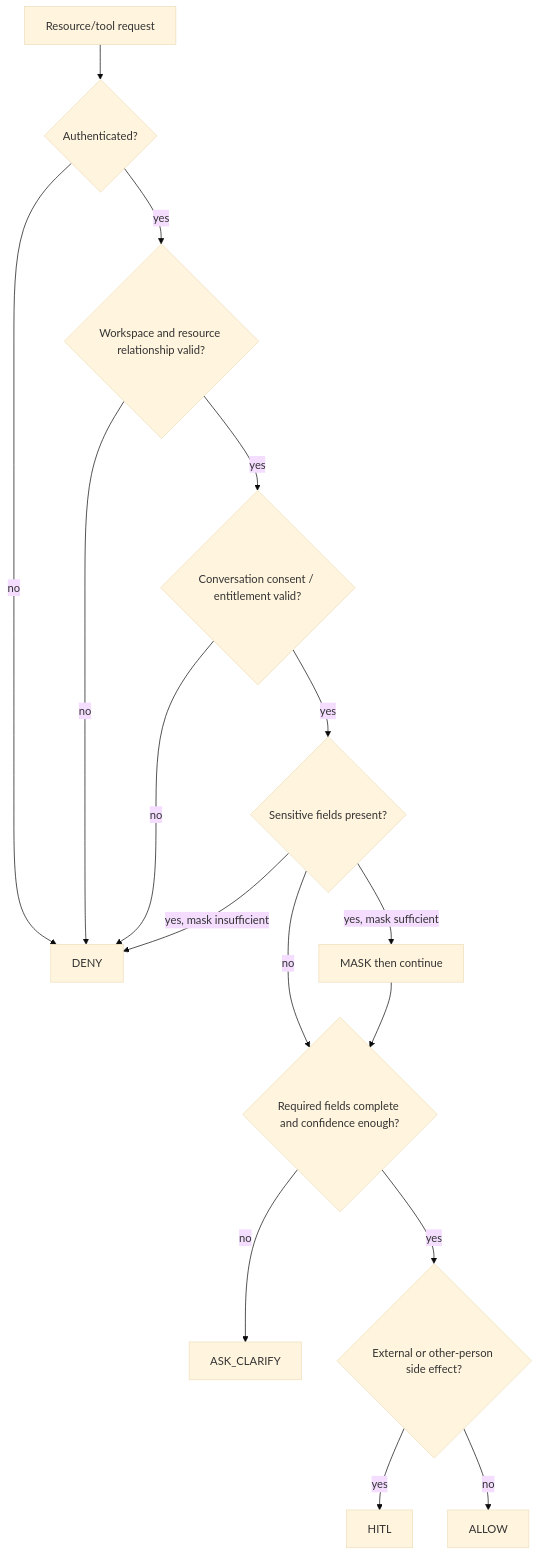
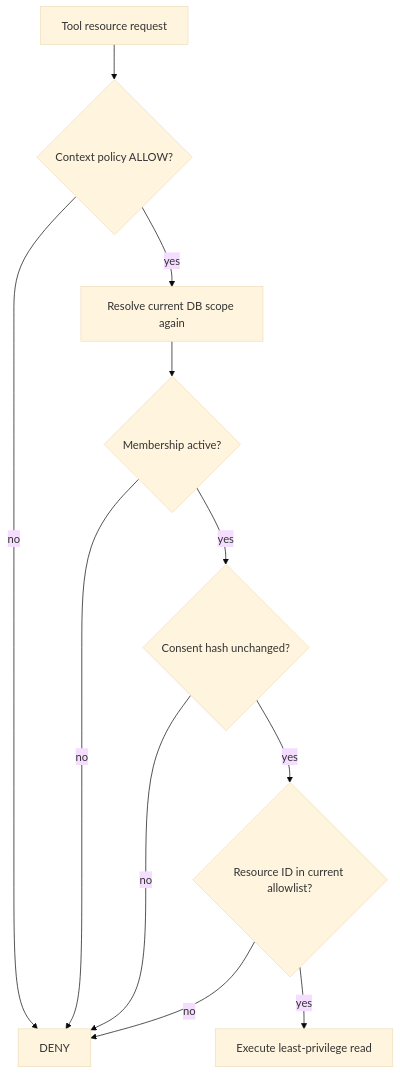
Before and after one commit to TueLT/Build-to-deploy: the fourth of 6 diagrams in docs/architecture_diagram.md, drawn with Mermaid (base theme). The commit also changed other lines of this file and 28 other files, not shown here.

````diff
--- a/docs/architecture_diagram.md
+++ b/docs/architecture_diagram.md
@@ -281,18 +401,13 @@
 ```mermaid
 flowchart TD
-    R[Resource/tool request] --> A{Authenticated?}
-    A -->|no| DENY[DENY]
-    A -->|yes| B{Workspace and resource relationship valid?}
-    B -->|no| DENY
-    B -->|yes| C{Conversation consent / entitlement valid?}
-    C -->|no| DENY
-    C -->|yes| D{Sensitive fields present?}
-    D -->|yes, mask sufficient| MASK[MASK then continue]
-    D -->|yes, mask insufficient| DENY
-    D -->|no| E{Required fields complete and confidence enough?}
-    MASK --> E
-    E -->|no| ASK[ASK_CLARIFY]
-    E -->|yes| F{External or other-person side effect?}
-    F -->|yes| HITL[HITL]
-    F -->|no| ALLOW[ALLOW]
+    R[Tool resource request] --> C{Context policy ALLOW?}
+    C -->|no| D[DENY]
+    C -->|yes| S[Resolve current DB scope again]
+    S --> M{Membership active?}
+    M -->|no| D
+    M -->|yes| H{Consent hash unchanged?}
+    H -->|no| D
+    H -->|yes| I{Resource ID in current allowlist?}
+    I -->|no| D
+    I -->|yes| E[Execute least-privilege read]
 ```
````
